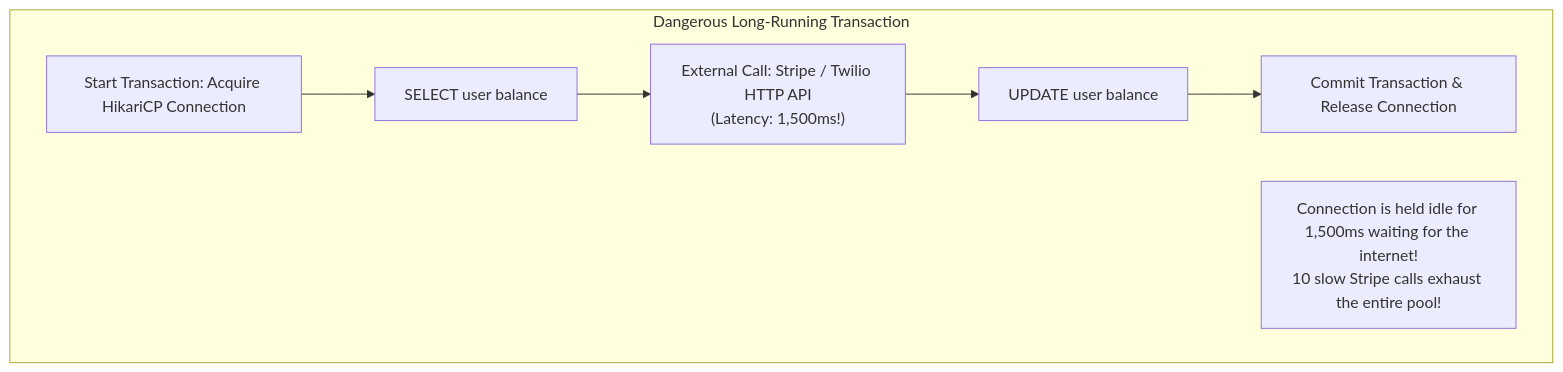
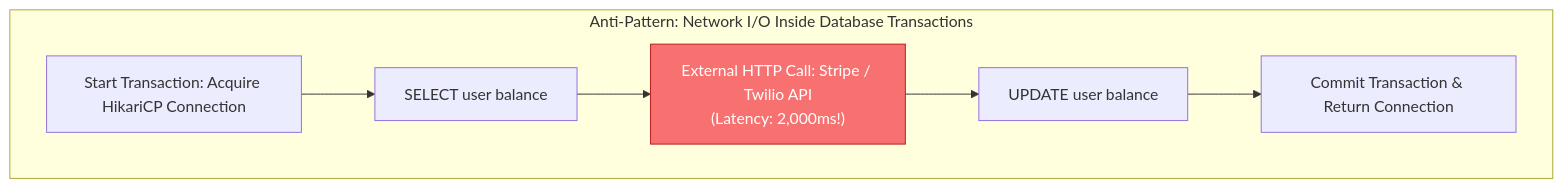
The fourth of 4 diagrams in docs/spring-boot/transactions.mdx (weaponxwolf/backend-engineering-mastry), drawn with Mermaid before and after one commit. The commit also changed other lines of this file and 14 other files, not shown here.

Commit message:
docs: refactor and expand JPA and Hibernate architecture guide with physical memory and performance insights

````diff
--- a/docs/spring-boot/transactions.mdx
+++ b/docs/spring-boot/transactions.mdx
@@ -266,10 +364,10 @@
 ```mermaid
 flowchart TD
-    subgraph Dangerous Long-Running Transaction
-        T_Start[Start Transaction: Acquire HikariCP Connection] --> Query1[SELECT user balance]
-        Query1 --> HTTP["External Call: Stripe / Twilio HTTP API<br/>(Latency: 1,500ms!)"]
-        HTTP --> Query2[UPDATE user balance]
-        Query2 --> T_End[Commit Transaction & Release Connection]
-        Note1["Connection is held idle for 1,500ms waiting for the internet!<br/>10 slow Stripe calls exhaust the entire pool!"]
+    subgraph AntiPattern ["Anti-Pattern: Network I/O Inside Database Transactions"]
+        A1[Start Transaction: Acquire HikariCP Connection] --> A2[SELECT user balance]
+        A2 --> A3["External HTTP Call: Stripe / Twilio API<br/>(Latency: 2,000ms!)"]
+        A3 --> A4[UPDATE user balance]
+        A4 --> A5[Commit Transaction & Return Connection]
     end
+    style A3 fill:#f87171,stroke:#b91c1c,color:#ffffff
 ```
````
